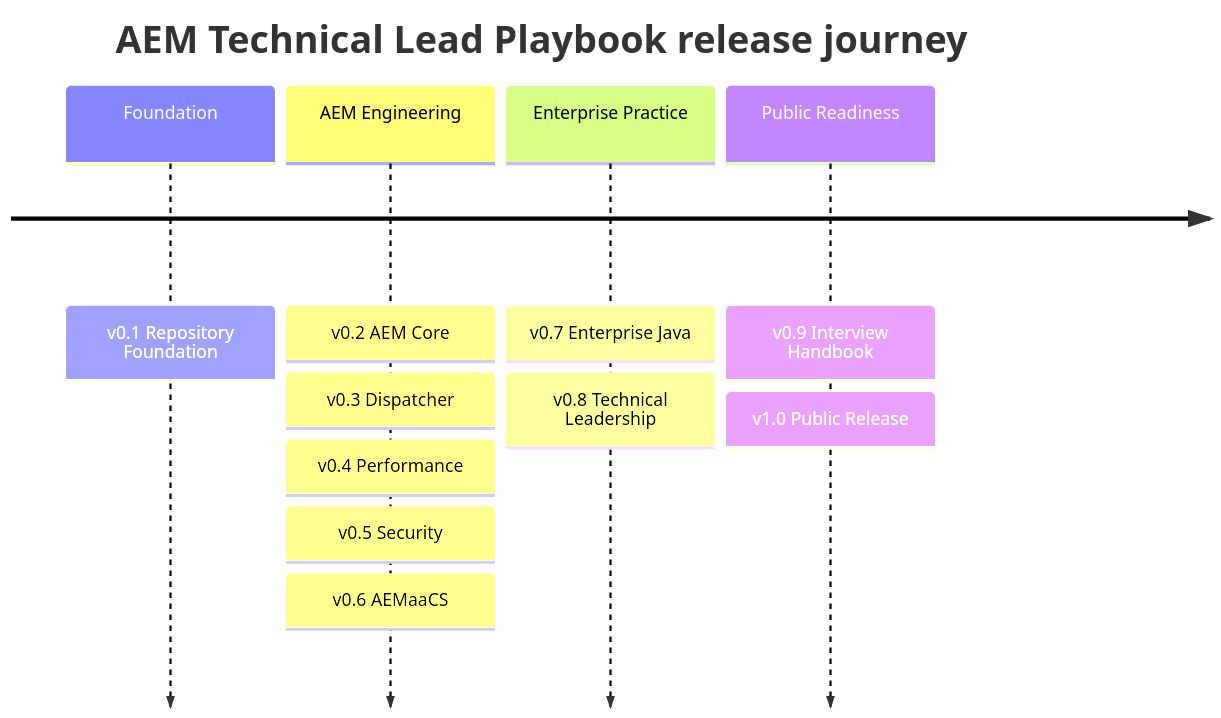
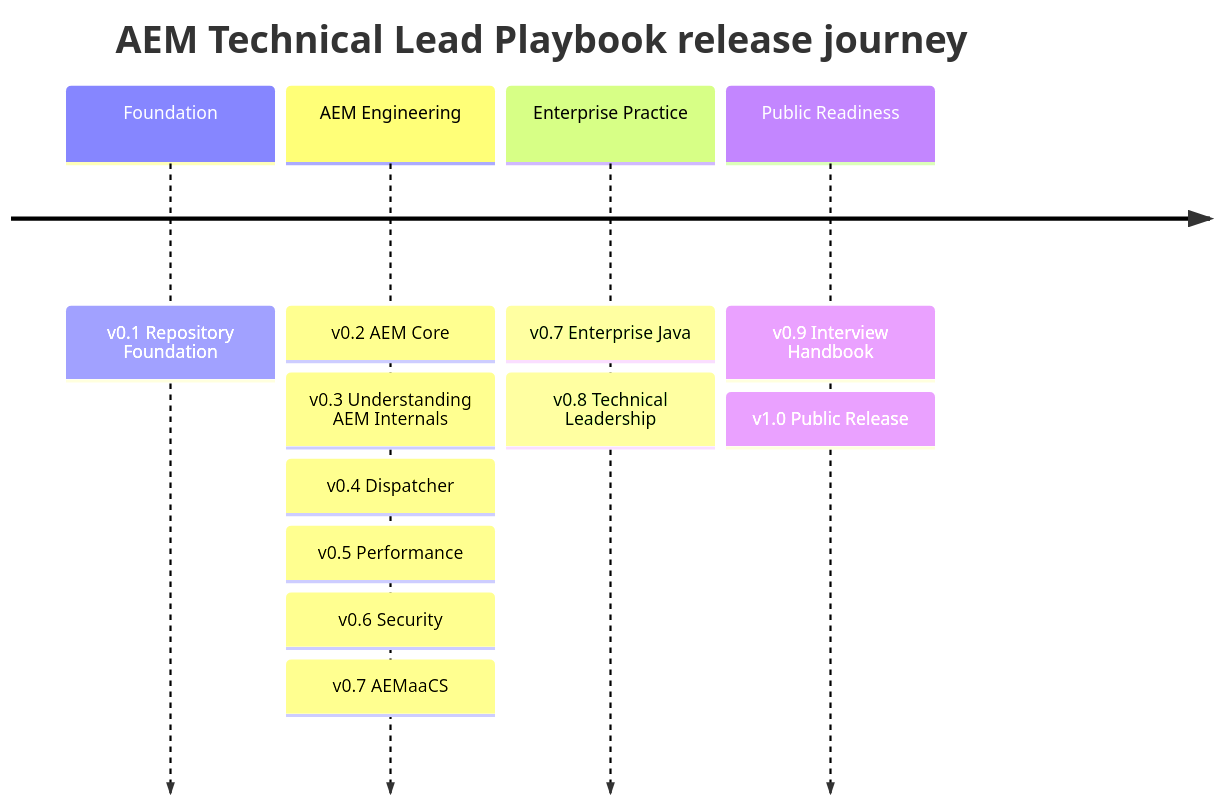
One commit to srma4tech/aem-technical-lead-playbook changed the first of 4 diagrams in ROADMAP.md. Above: the diagram before and after it, drawn with Mermaid. The commit also changed other lines of this file and 10 other files, not shown here.

````diff
--- a/ROADMAP.md
+++ b/ROADMAP.md
@@ -9,14 +9,15 @@
 ```mermaid
 timeline
     title AEM Technical Lead Playbook release journey
     Foundation : v0.1 Repository Foundation
     AEM Engineering : v0.2 AEM Core
-                    : v0.3 Dispatcher
-                    : v0.4 Performance
-                    : v0.5 Security
-                    : v0.6 AEMaaCS
+                    : v0.3 Understanding AEM Internals
+                    : v0.4 Dispatcher
+                    : v0.5 Performance
+                    : v0.6 Security
+                    : v0.7 AEMaaCS
     Enterprise Practice : v0.7 Enterprise Java
                         : v0.8 Technical Leadership
     Public Readiness : v0.9 Interview Handbook
                      : v1.0 Public Release
 ```
````
